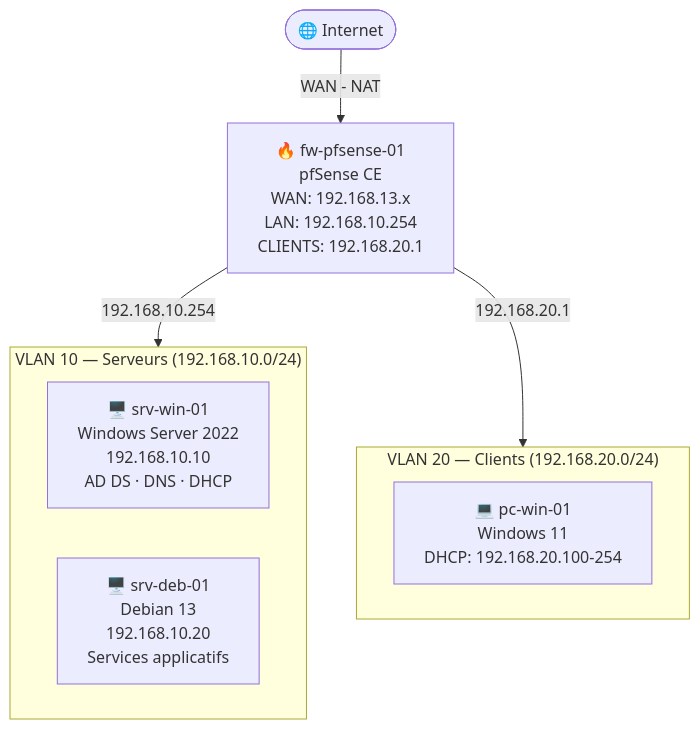
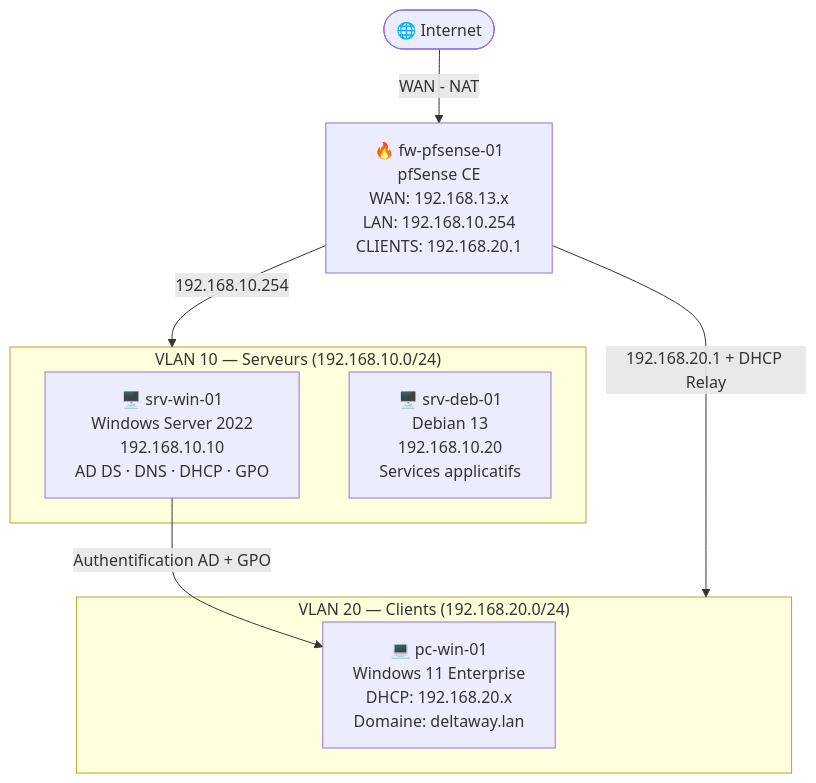
Before and after one commit to kenny-bretille/deltaway-infra: the diagram in README.md, drawn with Mermaid. The commit also changed other lines of this file, not shown here.

Commit message:
README : mise à jour schéma et infrastructure phase 1 complète

````diff
--- a/README.md
+++ b/README.md
@@ -30,33 +31,34 @@
 ```mermaid
 graph TD
     Internet([🌐 Internet])
-    
     Internet -->|WAN - NAT| PF
 
     PF["🔥 fw-pfsense-01
     pfSense CE
     WAN: 192.168.13.x
     LAN: 192.168.10.254
     CLIENTS: 192.168.20.1"]
 
     subgraph VLAN10["VLAN 10 — Serveurs (192.168.10.0/24)"]
         WIN["🖥️ srv-win-01
         Windows Server 2022
         192.168.10.10
-        AD DS · DNS · DHCP"]
-        
+        AD DS · DNS · DHCP · GPO"]
+
         DEB["🖥️ srv-deb-01
         Debian 13
         192.168.10.20
         Services applicatifs"]
     end
 
     subgraph VLAN20["VLAN 20 — Clients (192.168.20.0/24)"]
         PC["💻 pc-win-01
-        Windows 11
-        DHCP: 192.168.20.100-254"]
+        Windows 11 Enterprise
+        DHCP: 192.168.20.x
+        Domaine: deltaway.lan"]
     end
 
     PF -->|192.168.10.254| VLAN10
-    PF -->|192.168.20.1| VLAN20
+    PF -->|192.168.20.1 + DHCP Relay| VLAN20
+    WIN -->|Authentification AD + GPO| PC
 ```
````
